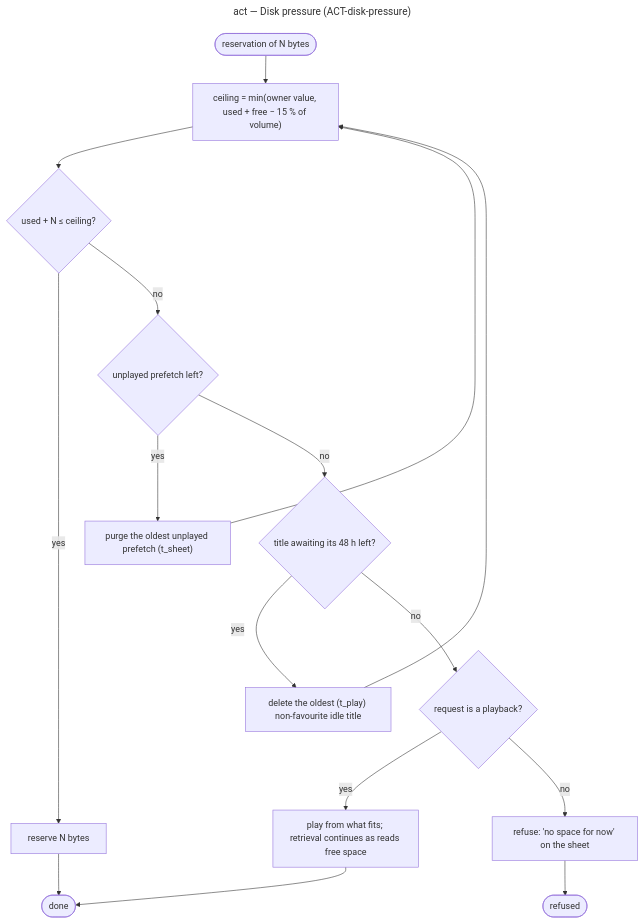
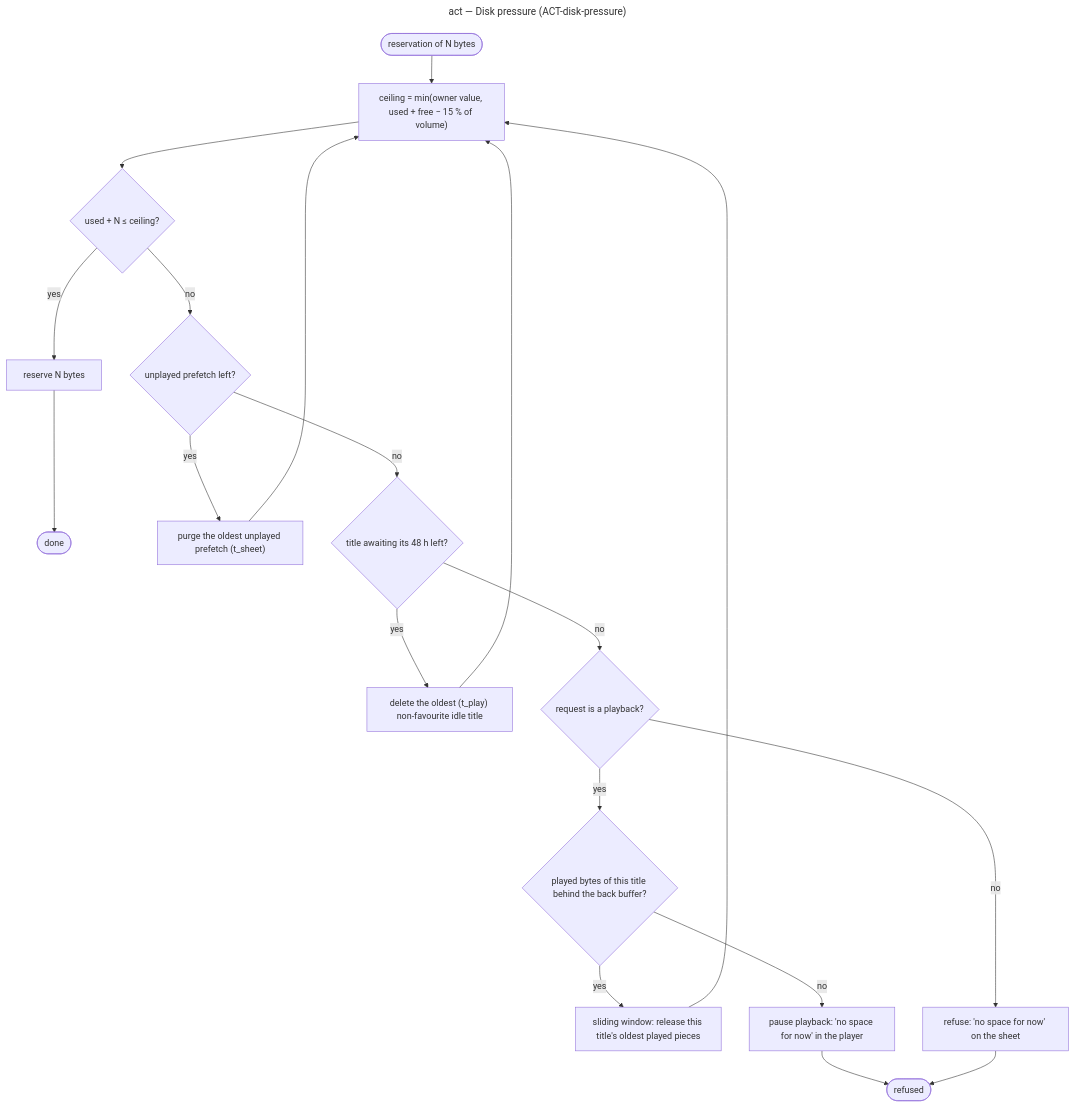
One commit to benoit-bremaud/popcorntv changed the diagram in docs/architecture/diagrams/on-demand-retrieval/07-activity-disk-pressure.md. Above: the diagram before and after it, drawn with Mermaid. The commit also changed other lines of this file and 5 other files, not shown here.

First line of the commit message:
docs(adr): bound playback under a full cache with a sliding window

````diff
--- a/docs/architecture/diagrams/on-demand-retrieval/07-activity-disk-pressure.md
+++ b/docs/architecture/diagrams/on-demand-retrieval/07-activity-disk-pressure.md
@@ -11,16 +11,18 @@
 ```mermaid
 ---
 title: act — Disk pressure (ACT-disk-pressure)
 ---
 flowchart TD
   Start(["reservation of N bytes"]) --> A1["ceiling = min(owner value, used + free − 15 % of volume)"]
   A1 --> D1{"used + N ≤ ceiling?"}
   D1 -- "yes" --> A9["reserve N bytes"] --> Done(["done"])
   D1 -- "no" --> D2{"unplayed prefetch left?"}
   D2 -- "yes" --> A2["purge the oldest unplayed prefetch (t_sheet)"] --> A1
   D2 -- "no" --> D3{"title awaiting its 48 h left?"}
   D3 -- "yes" --> A3["delete the oldest (t_play) non-favourite idle title"] --> A1
   D3 -- "no" --> D4{"request is a playback?"}
-  D4 -- "yes" --> A4["play from what fits; retrieval continues as reads free space"] --> Done
+  D4 -- "yes" --> D5{"played bytes of this title behind the back buffer?"}
+  D5 -- "yes" --> A4["sliding window: release this title's oldest played pieces"] --> A1
+  D5 -- "no" --> A6["pause playback: 'no space for now' in the player"] --> Refused
   D4 -- "no" --> A5["refuse: 'no space for now' on the sheet"] --> Refused(["refused"])
 ```
````
